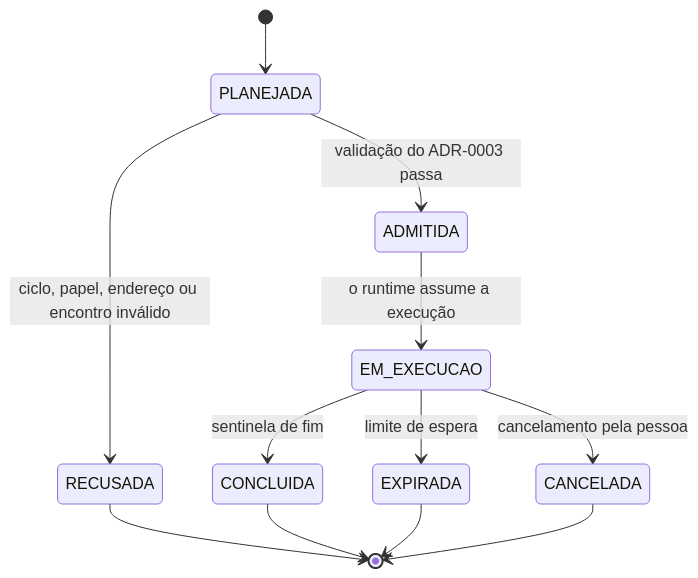
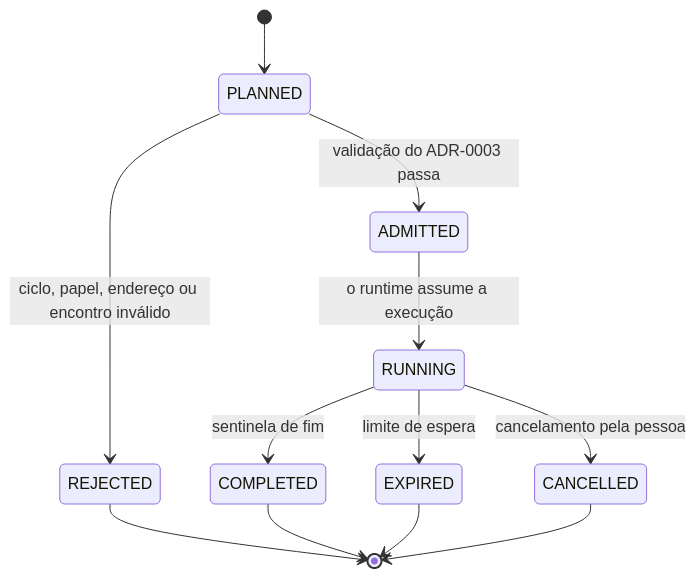
One commit to da0hn/distributed-systems-experiment-lab changed the second of 3 diagrams in docs/propostas/modelo-de-dados/lab-plane/proposta-2-plano-duravel-execucao-efemera.md. Above: the diagram before and after it, drawn with Mermaid. The commit also changed other lines of this file and 8 other files, not shown here.

````diff
--- a/docs/propostas/modelo-de-dados/lab-plane/proposta-2-plano-duravel-execucao-efemera.md
+++ b/docs/propostas/modelo-de-dados/lab-plane/proposta-2-plano-duravel-execucao-efemera.md
@@ -138,14 +138,14 @@
 ```mermaid
 stateDiagram-v2
-    [*] --> PLANEJADA
-    PLANEJADA --> ADMITIDA : validação do ADR-0003 passa
-    PLANEJADA --> RECUSADA : ciclo, papel, endereço ou encontro inválido
-    ADMITIDA --> EM_EXECUCAO : o runtime assume a execução
-    EM_EXECUCAO --> CONCLUIDA : sentinela de fim
-    EM_EXECUCAO --> EXPIRADA : limite de espera
-    EM_EXECUCAO --> CANCELADA : cancelamento pela pessoa
-    RECUSADA --> [*]
-    CONCLUIDA --> [*]
-    EXPIRADA --> [*]
-    CANCELADA --> [*]
+    [*] --> PLANNED
+    PLANNED --> ADMITTED : validação do ADR-0003 passa
+    PLANNED --> REJECTED : ciclo, papel, endereço ou encontro inválido
+    ADMITTED --> RUNNING : o runtime assume a execução
+    RUNNING --> COMPLETED : sentinela de fim
+    RUNNING --> EXPIRED : limite de espera
+    RUNNING --> CANCELLED : cancelamento pela pessoa
+    REJECTED --> [*]
+    COMPLETED --> [*]
+    EXPIRED --> [*]
+    CANCELLED --> [*]
 ```
````
